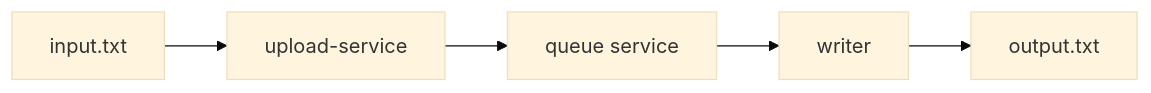
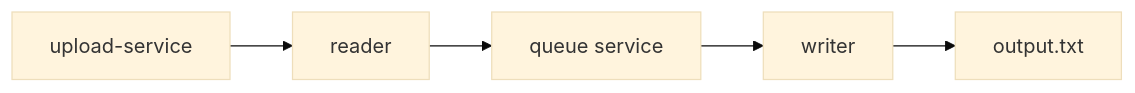
One commit to KlavdiiaKoval/kkv-code-test changed the diagram in README.md. Above: the diagram before and after it, drawn with Mermaid (base theme). The commit also changed 4 other files, not shown here.

Commit message:
refactor: Upload service to internal/api

````diff
--- a/README.md
+++ b/README.md
@@ -12,4 +12,4 @@
 ```mermaid
 flowchart LR
-  input["input.txt"] --> upload-service["upload-service"] --> queue["queue service"] --> writer["writer"] --> output["output.txt"]
+  upload-service["upload-service"] --> reader["reader"] --> queue["queue service"] --> writer["writer"] --> output["output.txt"]
 ```
````
